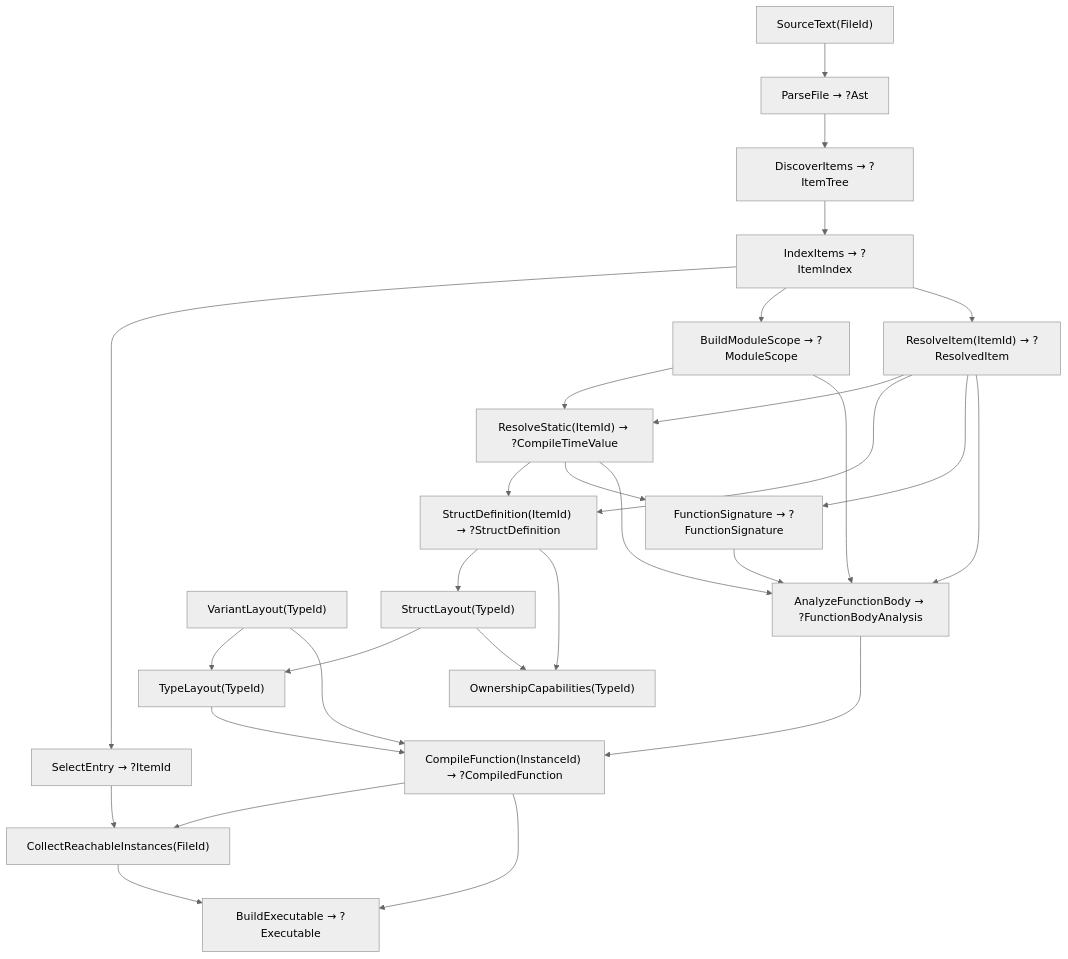
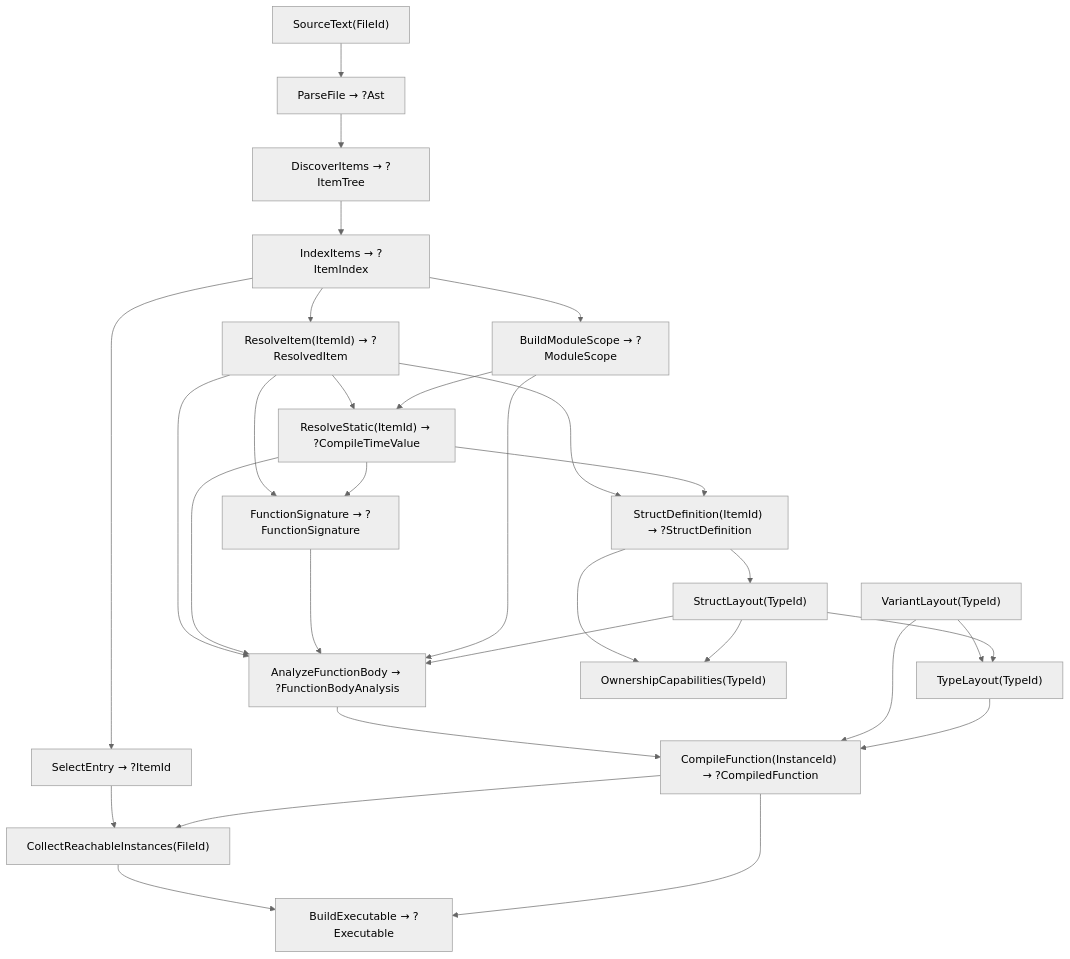
The diagram in PROGRAM_FLOW.md (Pippepot/chimera-lang), drawn with Mermaid (neutral theme) before and after one commit. The commit also changed other lines of this file and 13 other files, not shown here.

````diff
--- a/PROGRAM_FLOW.md
+++ b/PROGRAM_FLOW.md
@@ -9,31 +9,32 @@
 ```mermaid
 flowchart TD
     ST["SourceText(FileId)"] --> PF["ParseFile → ?Ast"]
     PF --> DI["DiscoverItems → ?ItemTree"]
     DI --> IX["IndexItems → ?ItemIndex"]
     IX --> SE["SelectEntry → ?ItemId"]
     IX --> MS["BuildModuleScope → ?ModuleScope"]
     IX --> RI["ResolveItem(ItemId) → ?ResolvedItem"]
     RI --> RS["ResolveStatic(ItemId) → ?CompileTimeValue"]
     MS --> RS
     RI --> SD["StructDefinition(ItemId) → ?StructDefinition"]
     RS --> SD
     RI --> FS["FunctionSignature → ?FunctionSignature"]
     RS --> FS
     RI --> AB["AnalyzeFunctionBody → ?FunctionBodyAnalysis"]
     RS --> AB
     FS --> AB
     MS --> AB
     AB --> CF["CompileFunction(InstanceId) → ?CompiledFunction"]
     VL["VariantLayout(TypeId)"] --> TL["TypeLayout(TypeId)"]
     SD --> SL["StructLayout(TypeId)"]
     SL --> TL
+    SL --> AB
     SD --> OC["OwnershipCapabilities(TypeId)"]
     SL --> OC
     VL --> CF
     TL --> CF
     SE --> CR["CollectReachableInstances(FileId)"]
     CF --> CR
     CR --> BE["BuildExecutable → ?Executable"]
     CF --> BE
 ```
````
